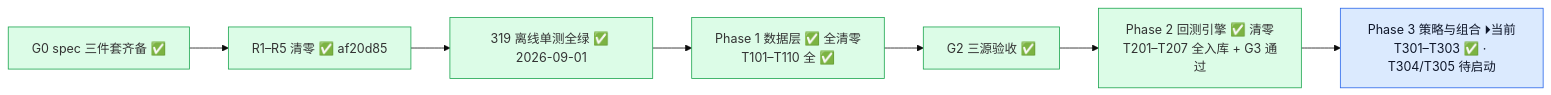
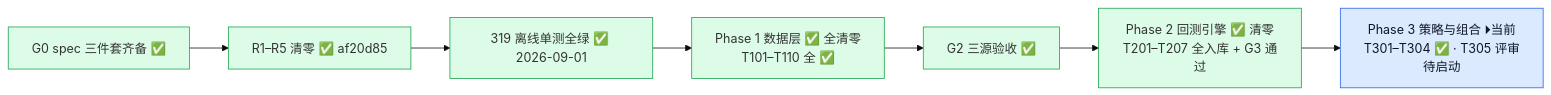
One commit to YZml1507/FinAI2.0 changed the second of 4 diagrams in docs/project_status_flowchart.md. Above: the diagram before and after it, drawn with Mermaid (base theme). The commit also changed other lines of this file and 3 other files, not shown here.

Commit message:
docs: T304 状态标记 — CLAUDE.md §0/§5/§7 + spec 快照 + 流程图（T304 ✅ / 435 绿 / 当前位 T305 评审）

````diff
--- a/docs/project_status_flowchart.md
+++ b/docs/project_status_flowchart.md
@@ -29,15 +29,15 @@
 ```mermaid
 flowchart LR
   G0[G0 spec 三件套齐备 ✅] --> R15[R1–R5 清零 ✅ af20d85] --> UT[319 离线单测全绿 ✅ 2026-09-01]
   UT --> P1[Phase 1 数据层 ✅ 全清零<br/>T101–T110 全 ✅]
   P1 --> G2[G2 三源验收 ✅]
   G2 --> P2C[Phase 2 回测引擎 ✅ 清零<br/>T201–T207 全入库 + G3 通过]
-  P2C --> P3C[Phase 3 策略与组合 ⏵当前<br/>T301–T303 ✅ · T304/T305 待启动]
+  P2C --> P3C[Phase 3 策略与组合 ⏵当前<br/>T301–T304 ✅ · T305 评审待启动]
   style G0 fill:#dcfce7,stroke:#16a34a
   style R15 fill:#dcfce7,stroke:#16a34a
   style UT fill:#dcfce7,stroke:#16a34a
   style P1 fill:#dcfce7,stroke:#16a34a
   style G2 fill:#dcfce7,stroke:#16a34a
   style P2C fill:#dcfce7,stroke:#16a34a
   style P3C fill:#dbeafe,stroke:#2563eb,color:#0f172a
 ```
````
